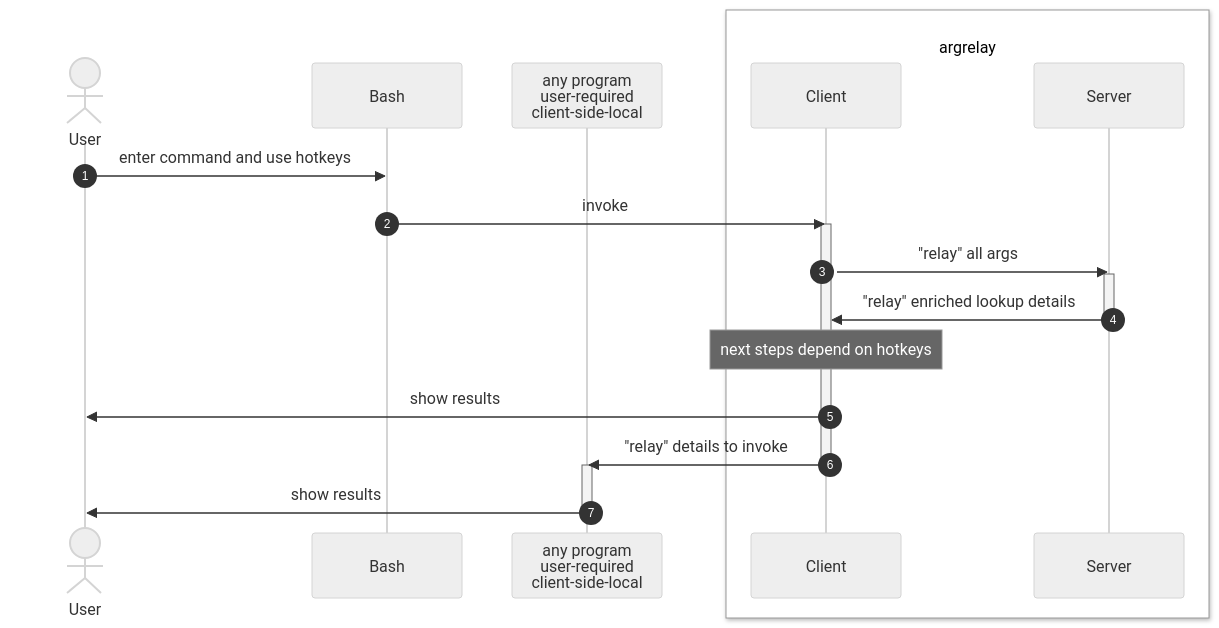
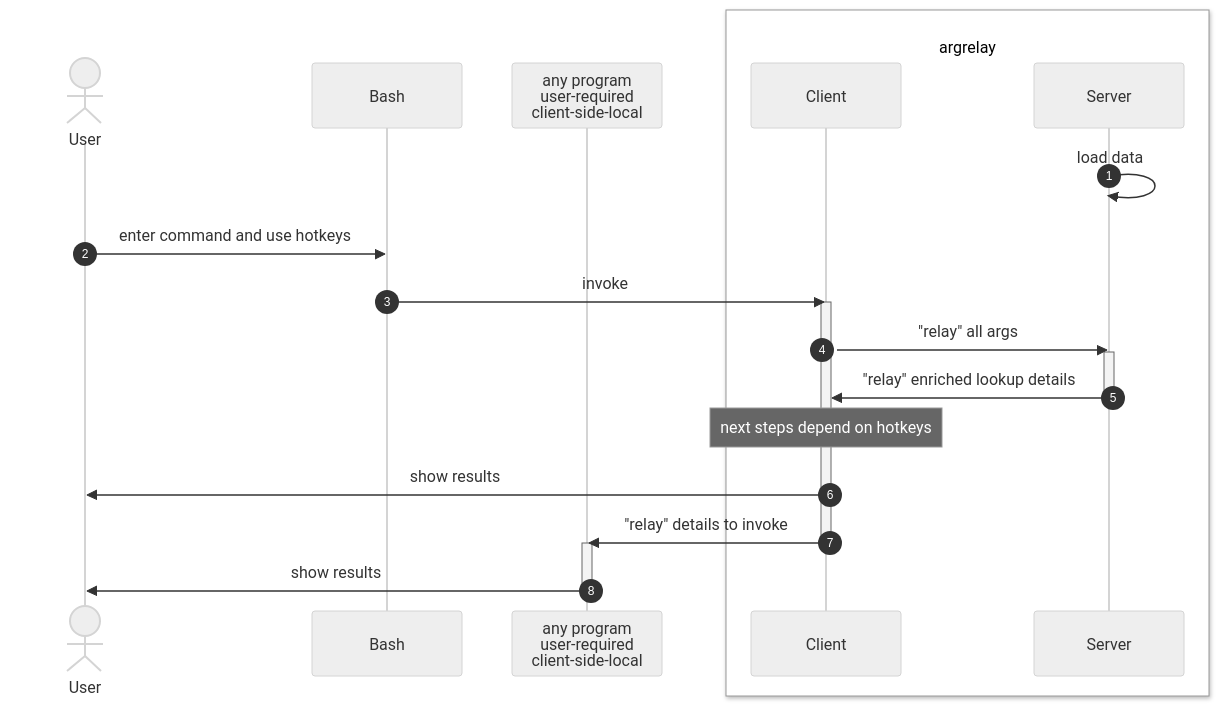
Before and after one commit to argrelay/argrelay: the diagram in readme.md, drawn with Mermaid (neutral theme).

Commit message:
Update diagram

````diff
--- a/readme.md
+++ b/readme.md
@@ -78,25 +78,26 @@
 ```mermaid
 sequenceDiagram
     autonumber
     Actor U as <br/>User
     participant B as Bash
     participant P as any program<br/>user-required<br/>client-side-local
     box rgb(255, 255, 255) <br/>argrelay
     participant C as Client
     participant S as Server
     end
+    S ->> S: load data
     U ->> B: enter command and use hotkeys
     B ->> C: invoke
     activate C
     C ->> S: "relay" all args
     activate S
     S ->> C: "relay" enriched lookup details
     deactivate S
     Note over C: next steps depend on hotkeys
     C ->> U: show results
     C ->> P: "relay" details to invoke
     deactivate C
     activate P
     P ->> U: show results
     deactivate P
 ```
````
